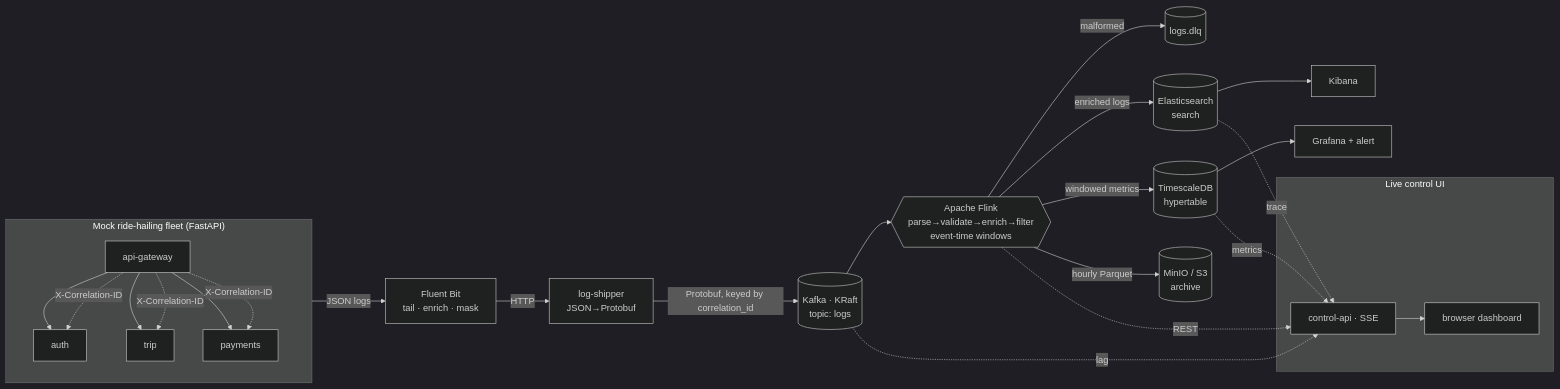
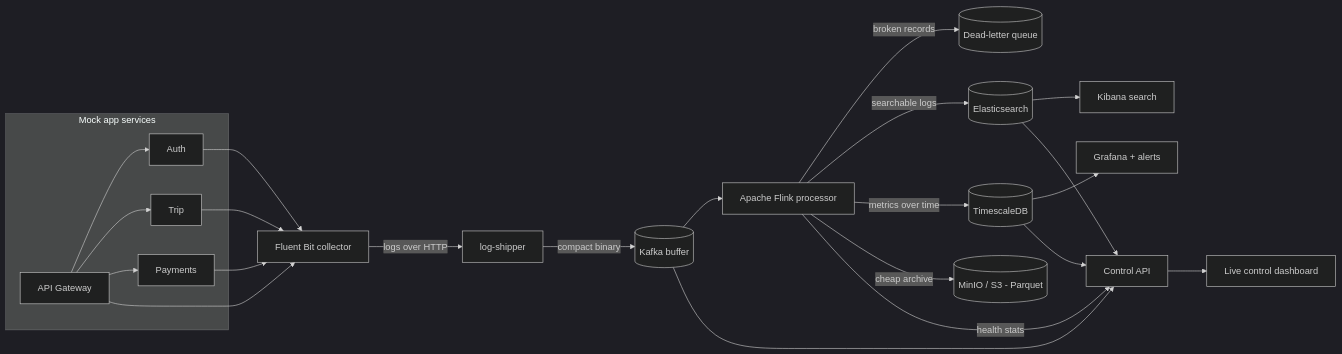
Before and after one commit to sinhakushagra21/distributed-logging-platform: the diagram in README.md, drawn with Mermaid (dark theme). The commit also changed other lines of this file and 1 other file, not shown here.

Commit message:
distributed - log-system

````diff
--- a/README.md
+++ b/README.md
@@ -14,26 +45,36 @@
 ```mermaid
 flowchart LR
-  subgraph Fleet["Mock ride-hailing fleet (FastAPI)"]
-    GW[api-gateway] --> AU[auth]
-    GW --> TR[trip]
-    GW --> PA[payments]
+  subgraph Fleet["Mock app services"]
+    GW[API Gateway]
+    AU[Auth]
+    TR[Trip]
+    PA[Payments]
   end
-  GW -. "X-Correlation-ID" .-> AU & TR & PA
-  Fleet -->|JSON logs| FB[Fluent Bit<br/>tail · enrich · mask]
-  FB -->|HTTP| SH[log-shipper<br/>JSON→Protobuf]
-  SH -->|Protobuf, keyed by correlation_id| K[(Kafka · KRaft<br/>topic: logs)]
-  K --> FL{{Apache Flink<br/>parse→validate→enrich→filter<br/>event-time windows}}
-  FL -->|malformed| DLQ[(logs.dlq)]
-  FL -->|enriched logs| ES[(Elasticsearch<br/>search)]
-  FL -->|windowed metrics| TS[(TimescaleDB<br/>hypertable)]
-  FL -->|hourly Parquet| S3[(MinIO / S3<br/>archive)]
-  ES --> KB[Kibana]
-  TS --> GR[Grafana + alert]
-  subgraph Demo["Live control UI"]
-    CA[control-api · SSE] --> UI[browser dashboard]
-  end
-  K -. lag .-> CA
-  FL -. REST .-> CA
-  TS -. metrics .-> CA
-  ES -. trace .-> CA
+
+  GW --> AU
+  GW --> TR
+  GW --> PA
+
+  GW --> FB[Fluent Bit collector]
+  AU --> FB
+  TR --> FB
+  PA --> FB
+
+  FB -->|logs over HTTP| SH[log-shipper]
+  SH -->|compact binary| K[(Kafka buffer)]
+  K --> FL[Apache Flink processor]
+
+  FL -->|broken records| DLQ[(Dead-letter queue)]
+  FL -->|searchable logs| ES[(Elasticsearch)]
+  FL -->|metrics over time| TS[(TimescaleDB)]
+  FL -->|cheap archive| S3[(MinIO / S3 - Parquet)]
+
+  ES --> KB[Kibana search]
+  TS --> GR[Grafana + alerts]
+
+  FL -->|health stats| CA[Control API]
+  K --> CA
+  TS --> CA
+  ES --> CA
+  CA --> UI[Live control dashboard]
 ```
````
